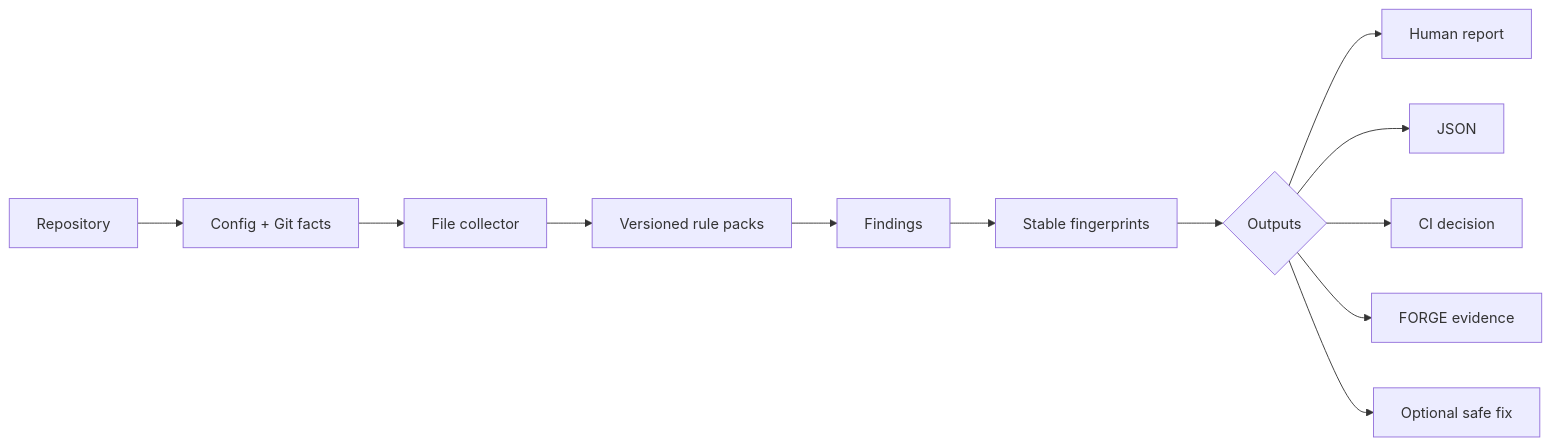
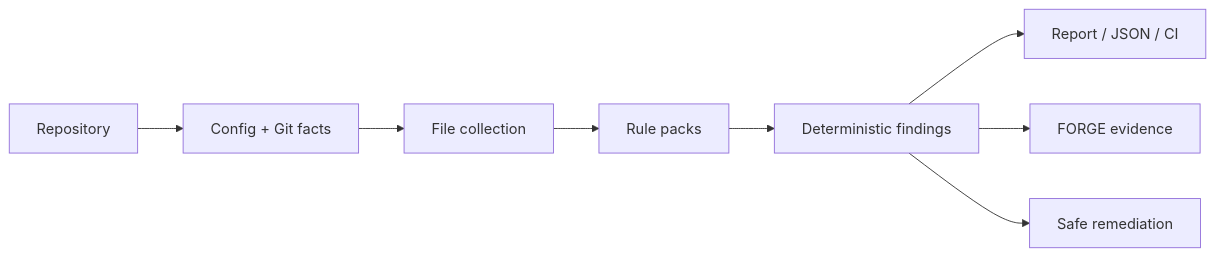
Before and after one commit to gODtECH-Ctl-Create/gODtECH-Steward: the diagram in README.md, drawn with Mermaid. The commit also changed other lines of this file, not shown here.

Commit message:
fix: make README hero GitHub-render safe

````diff
--- a/README.md
+++ b/README.md
@@ -172,14 +114,10 @@
 ```mermaid
 flowchart LR
     A[Repository] --> B[Config + Git facts]
-    B --> C[File collector]
-    C --> D[Versioned rule packs]
-    D --> E[Findings]
-    E --> F[Stable fingerprints]
-    F --> G{Outputs}
-    G --> H[Human report]
-    G --> I[JSON]
-    G --> J[CI decision]
-    G --> K[FORGE evidence]
-    G --> L[Optional safe fix]
+    B --> C[File collection]
+    C --> D[Rule packs]
+    D --> E[Deterministic findings]
+    E --> F[Report / JSON / CI]
+    E --> G[FORGE evidence]
+    E --> H[Safe remediation]
 ```
````
